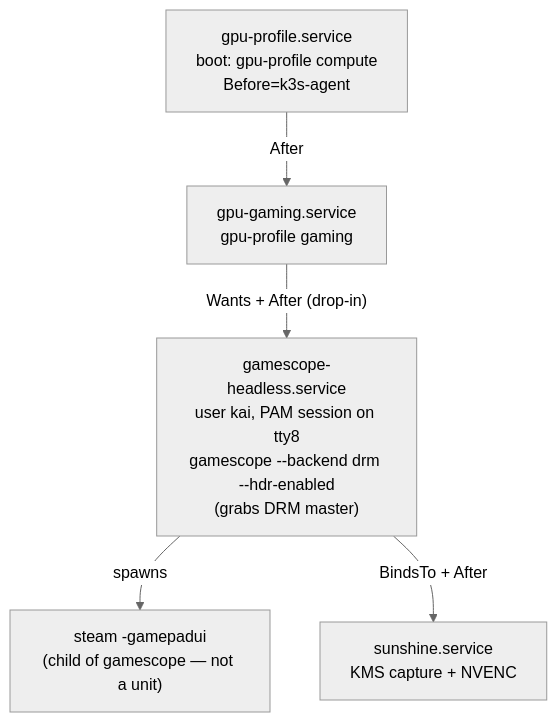
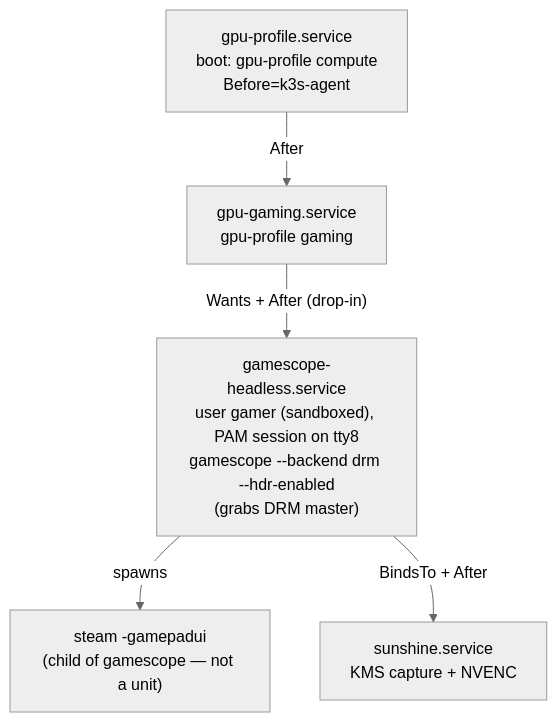
The third of 3 diagrams in docs/architecture.md (kaievns/gpu-node), drawn with Mermaid (neutral theme) before and after one commit. The commit also changed other lines of this file and 4 other files, not shown here.

Commit message:
docs: game sandbox design, gamer user, step 65; fix stale bitrate/FEC row

````diff
--- a/docs/architecture.md
+++ b/docs/architecture.md
@@ -266,13 +266,13 @@
 ```mermaid
 flowchart TD
     gp["gpu-profile.service<br/>boot: gpu-profile compute<br/>Before=k3s-agent"]
     gg["gpu-gaming.service<br/>gpu-profile gaming"]
-    gs["gamescope-headless.service<br/>user kai, PAM session on tty8<br/>gamescope --backend drm --hdr-enabled<br/>(grabs DRM master)"]
+    gs["gamescope-headless.service<br/>user gamer (sandboxed), PAM session on tty8<br/>gamescope --backend drm --hdr-enabled<br/>(grabs DRM master)"]
     steam["steam -gamepadui<br/>(child of gamescope — not a unit)"]
     sun["sunshine.service<br/>KMS capture + NVENC"]
 
     gp -->|After| gg
     gg -->|"Wants + After (drop-in)"| gs
     gs -->|spawns| steam
     gs -->|"BindsTo + After"| sun
 ```
````
